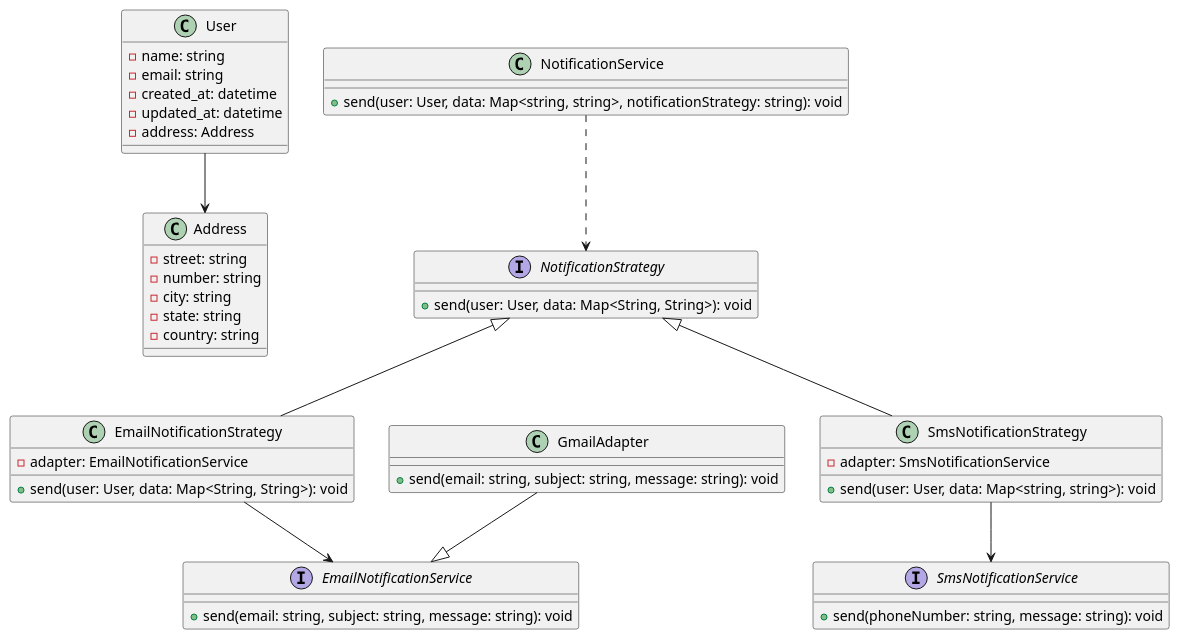
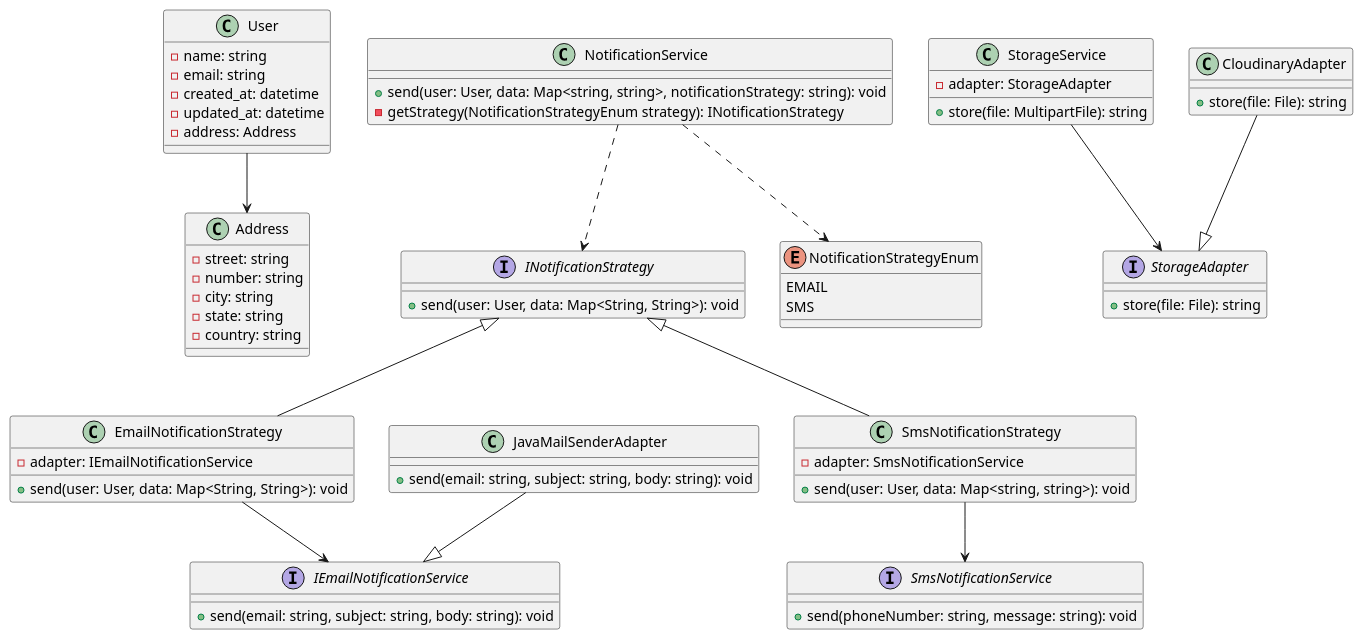
Before and after one commit to juavazquez/lightit-challenge: the diagram in documentation/class_diagram.puml, drawn with PlantUML. The commit also changed 37 other files, not shown here.

Commit message:
add email notification - add storage base structure - add simple token security

```diff
--- a/documentation/class_diagram.puml
+++ b/documentation/class_diagram.puml
@@ -1,56 +1,79 @@
 @startuml class_diagram
 
 class User {
     - name: string
     - email: string
     - created_at: datetime
     - updated_at: datetime
     - address: Address
 }
 User --> Address
 
 class Address {
     - street: string
     - number: string
     - city: string
     - state: string
     - country: string
 }
 
 class NotificationService {
     + send(user: User, data: Map<string, string>, notificationStrategy: string): void
+    - getStrategy(NotificationStrategyEnum strategy): INotificationStrategy
 }
-NotificationService ..> NotificationStrategy
+NotificationService ..> INotificationStrategy
+NotificationService ..> NotificationStrategyEnum
 
-interface NotificationStrategy {
+enum NotificationStrategyEnum {
+    EMAIL
+    SMS
+}
+
+interface INotificationStrategy {
     + send(user: User, data: Map<String, String>): void
 }
-NotificationStrategy <|-- EmailNotificationStrategy
-NotificationStrategy <|-- SmsNotificationStrategy
+INotificationStrategy <|-- EmailNotificationStrategy
+INotificationStrategy <|-- SmsNotificationStrategy
 
 class EmailNotificationStrategy {
-    - adapter: EmailNotificationService
+    - adapter: IEmailNotificationService
     + send(user: User, data: Map<String, String>): void
 }
-EmailNotificationStrategy --> EmailNotificationService
+EmailNotificationStrategy --> IEmailNotificationService
 
-class GmailAdapter {
-    + send(email: string, subject: string, message: string): void
+class JavaMailSenderAdapter {
+    + send(email: string, subject: string, body: string): void
 }
-GmailAdapter --|> EmailNotificationService
+JavaMailSenderAdapter --|> IEmailNotificationService
 
-interface EmailNotificationService {
-    + send(email: string, subject: string, message: string): void
+interface IEmailNotificationService {
+    + send(email: string, subject: string, body: string): void
 }
 
 class SmsNotificationStrategy {
     - adapter: SmsNotificationService
     + send(user: User, data: Map<string, string>): void
 }
 SmsNotificationStrategy --> SmsNotificationService
 
 interface SmsNotificationService {
     + send(phoneNumber: string, message: string): void
 }
 
+class StorageService {
+    - adapter: StorageAdapter
+    + store(file: MultipartFile): string
+}
+StorageService --> StorageAdapter
+
+interface StorageAdapter {
+    + store(file: File): string
+}
+
+class CloudinaryAdapter {
+    + store(file: File): string
+}
+CloudinaryAdapter --|> StorageAdapter
+
+
 @enduml
```
